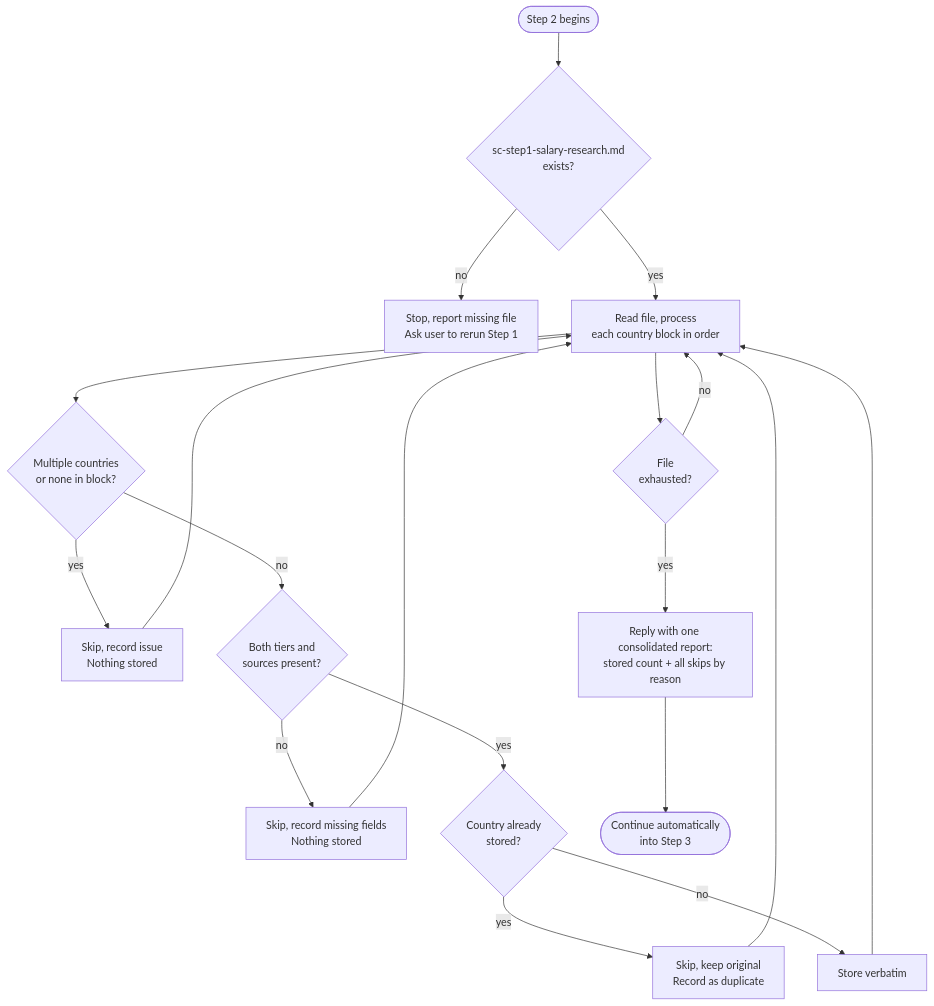
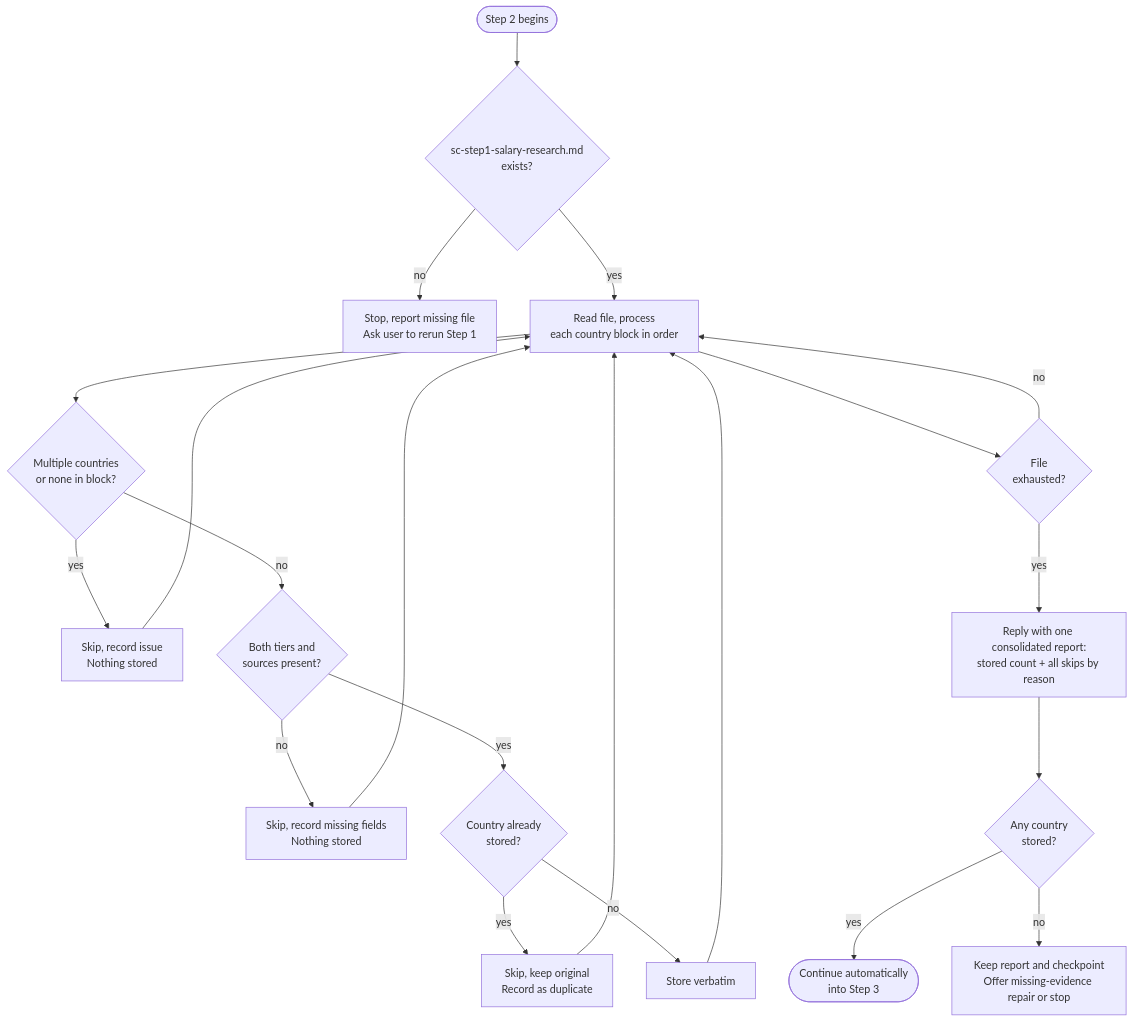
Before and after one commit to myowinthein/agent-compass: the diagram in docs/commands/salary-calculator/step2-data-validation.md, drawn with Mermaid. The commit also changed other lines of this file and 17 other files, not shown here.

````diff
--- a/docs/commands/salary-calculator/step2-data-validation.md
+++ b/docs/commands/salary-calculator/step2-data-validation.md
@@ -16,21 +16,23 @@
 ```mermaid
 flowchart TD
   Start([Step 2 begins]) --> FileCheck{sc-step1-salary-research.md\nexists?}
   FileCheck -->|no| Error[Stop, report missing file\nAsk user to rerun Step 1]
   FileCheck -->|yes| ReadFile[Read file, process\neach country block in order]
   ReadFile --> MultiCheck{Multiple countries\nor none in block?}
   MultiCheck -->|yes| Err1[Skip, record issue\nNothing stored]
   Err1 --> ReadFile
   MultiCheck -->|no| FieldCheck{Both tiers and\nsources present?}
   FieldCheck -->|no| Err2[Skip, record missing fields\nNothing stored]
   Err2 --> ReadFile
   FieldCheck -->|yes| DupCheck{Country already\nstored?}
   DupCheck -->|yes| Skip[Skip, keep original\nRecord as duplicate]
   DupCheck -->|no| Store[Store verbatim]
   Skip --> ReadFile
   Store --> ReadFile
   ReadFile --> Done{File\nexhausted?}
   Done -->|no| ReadFile
   Done -->|yes| Report[Reply with one consolidated report:\nstored count + all skips by reason]
-  Report --> End([Continue automatically\ninto Step 3])
+  Report --> Usable{Any country\nstored?}
+  Usable -->|yes| End([Continue automatically\ninto Step 3])
+  Usable -->|no| Repair[Keep report and checkpoint\nOffer missing-evidence repair or stop]
 ```
````
